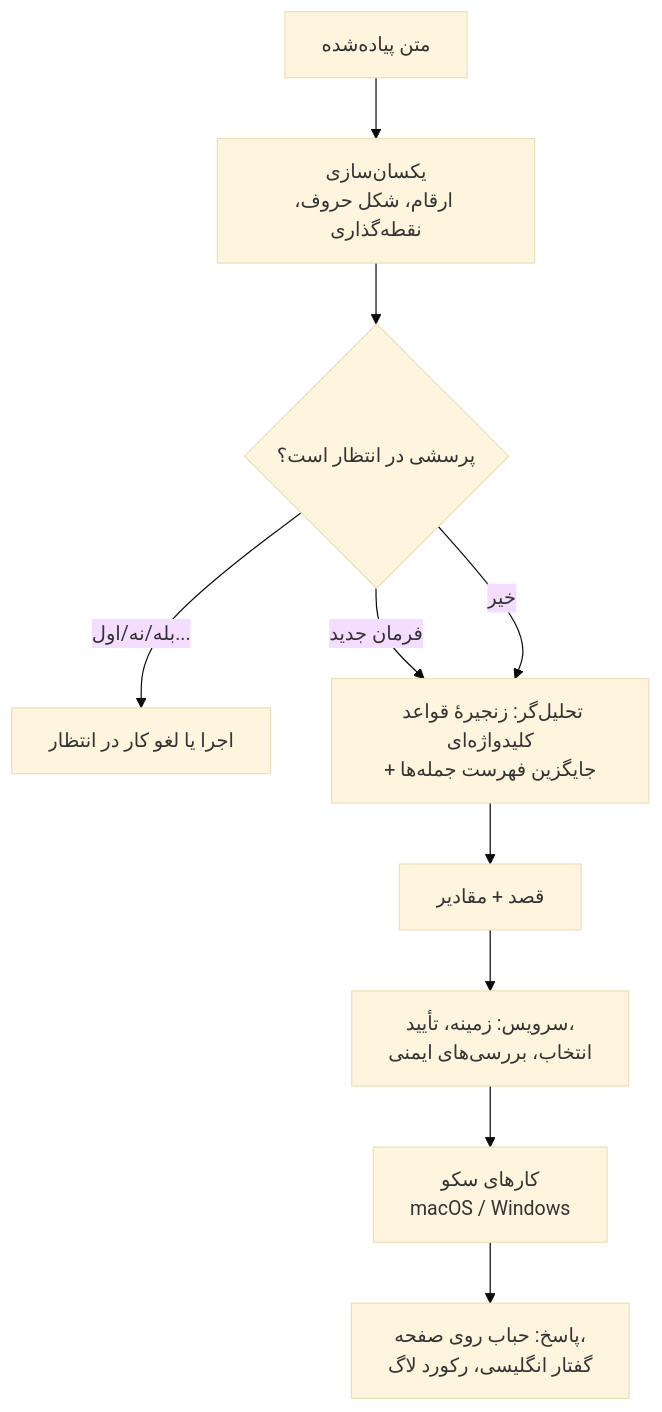
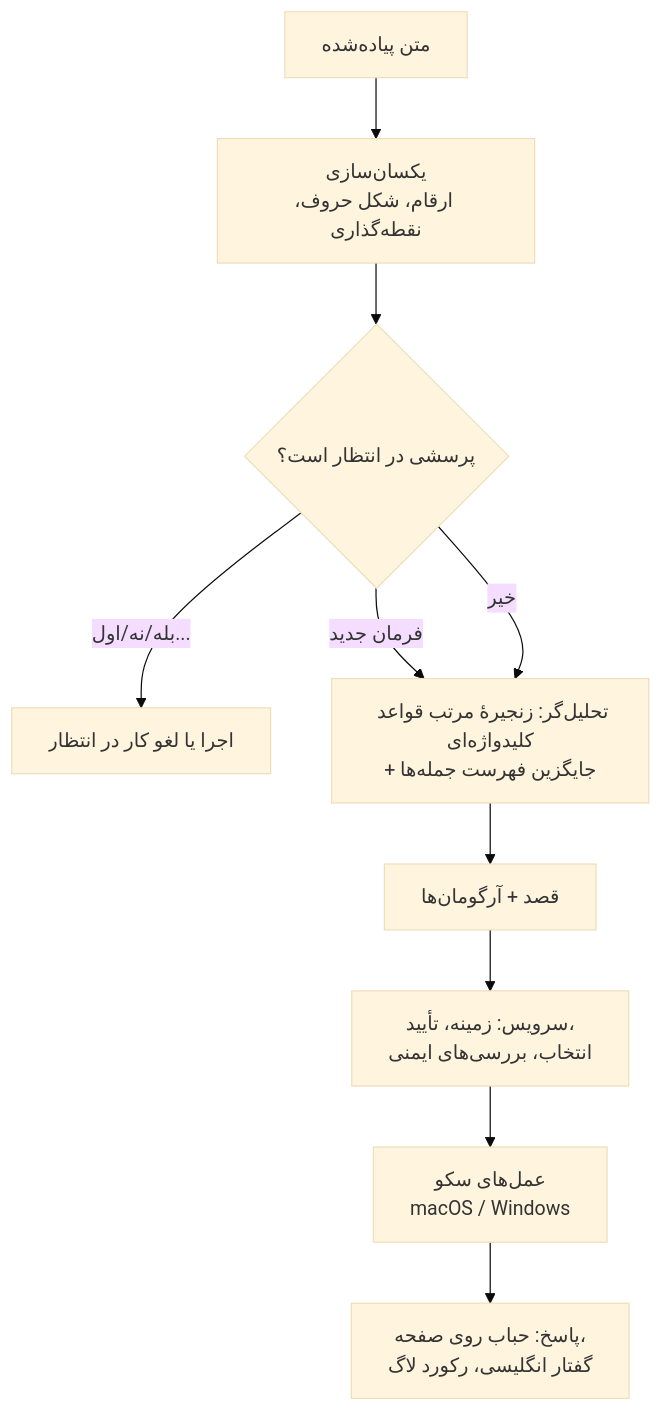
Before and after one commit to faceesmart/guya: the fifth of 7 diagrams in docs/REPORT-FA.md, drawn with Mermaid (base theme). The commit also changed other lines of this file and 1 other file, not shown here.

````diff
--- a/docs/REPORT-FA.md
+++ b/docs/REPORT-FA.md
@@ -219,12 +483,12 @@
 ```mermaid
 flowchart TD
     T[متن پیاده‌شده] --> N[یکسان‌سازی<br/>ارقام، شکل حروف، نقطه‌گذاری]
     N --> Pn{پرسشی در انتظار است؟}
     Pn -- بله/نه/اول... --> X[اجرا یا لغو کار در انتظار]
     Pn -- فرمان جدید --> Pr
-    Pn -- خیر --> Pr[تحلیل‌گر: زنجیرهٔ قواعد کلیدواژه‌ای<br/>+ جایگزین فهرست جمله‌ها]
-    Pr --> I[قصد + مقادیر]
+    Pn -- خیر --> Pr[تحلیل‌گر: زنجیرهٔ مرتب قواعد کلیدواژه‌ای<br/>+ جایگزین فهرست جمله‌ها]
+    Pr --> I[قصد + آرگومان‌ها]
     I --> Sv[سرویس: زمینه، تأیید،<br/>انتخاب، بررسی‌های ایمنی]
-    Sv --> Ac[کارهای سکو<br/>macOS / Windows]
+    Sv --> Ac[عمل‌های سکو<br/>macOS / Windows]
     Ac --> F[پاسخ: حباب روی صفحه،<br/>گفتار انگلیسی، رکورد لاگ]
 ```
````
